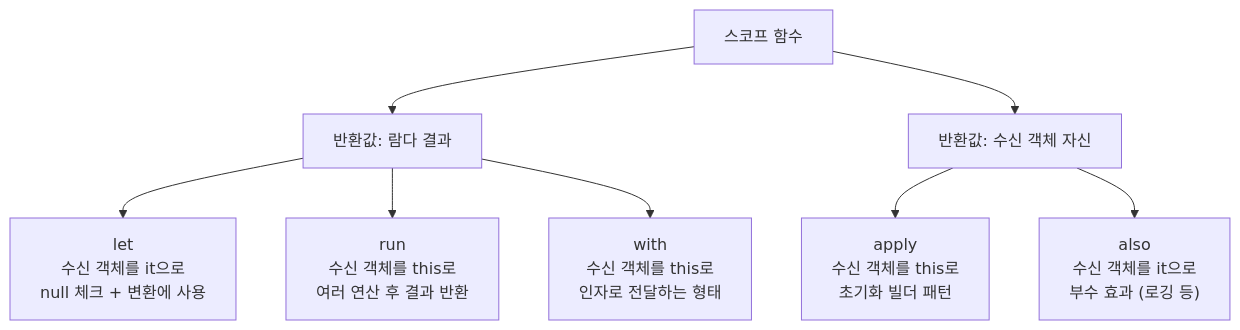
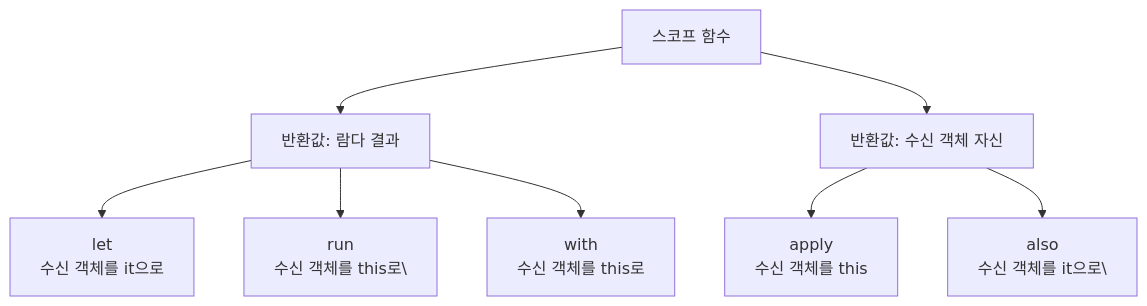
Before and after one commit to yjkim2015/yjkim2015.github.io: the second of 3 diagrams in _posts/kotlin/2026-05-02-java-to-kotlin.md, drawn with Mermaid. The commit also changed other lines of this file and 271 other files, not shown here.

First line of the commit message:
Mermaid 라벨 축소: 긴 노드 텍스트 18자 이하로 트림 + \n 제거

````diff
--- a/_posts/kotlin/2026-05-02-java-to-kotlin.md
+++ b/_posts/kotlin/2026-05-02-java-to-kotlin.md
@@ -236,10 +236,10 @@
 ```mermaid
 graph TD
     ScopeFn["스코프 함수"] --> LambdaResult["반환값: 람다 결과"]
     ScopeFn --> ReceiverResult["반환값: 수신 객체 자신"]
-    LambdaResult --> Let["let\n수신 객체를 it으로\nnull 체크 + 변환에 사용"]
-    LambdaResult --> Run["run\n수신 객체를 this로\n여러 연산 후 결과 반환"]
-    LambdaResult --> With["with\n수신 객체를 this로\n인자로 전달하는 형태"]
-    ReceiverResult --> Apply["apply\n수신 객체를 this로\n초기화 빌더 패턴"]
-    ReceiverResult --> Also["also\n수신 객체를 it으로\n부수 효과 (로깅 등)"]
+    LambdaResult --> Let["let\n수신 객체를 it으로\n"]
+    LambdaResult --> Run["run\n수신 객체를 this로\"]
+    LambdaResult --> With["with\n수신 객체를 this로"]
+    ReceiverResult --> Apply["apply\n수신 객체를 this"]
+    ReceiverResult --> Also["also\n수신 객체를 it으로\"]
 ```
````
